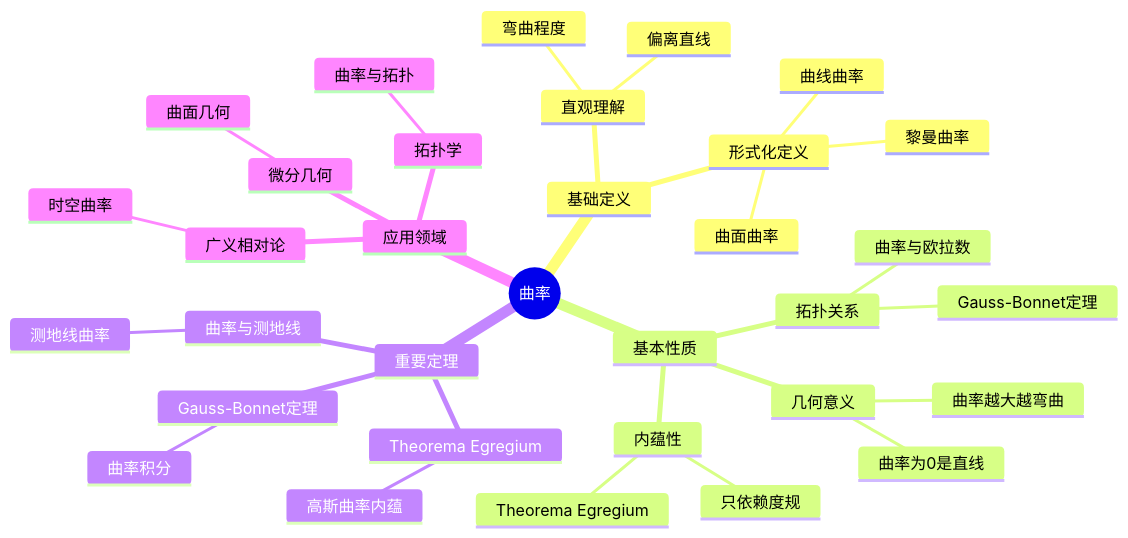
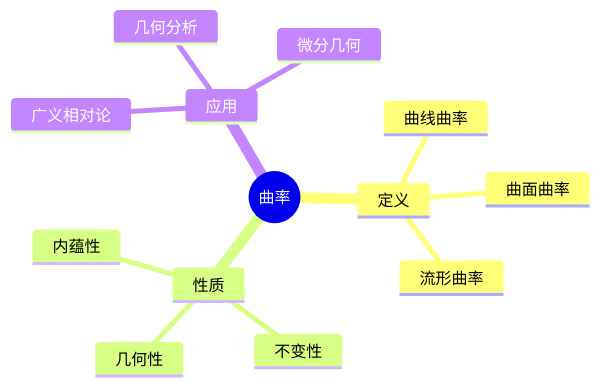
Before and after one commit to AdaMartin18010/FormalMath: the first of 11 diagrams in concept/核心概念/20-曲率.md, drawn with Mermaid. The commit also changed other lines of this file and 4793 other files, not shown here.

````diff
--- a/concept/核心概念/20-曲率.md
+++ b/concept/核心概念/20-曲率.md
@@ -508,36 +1124,16 @@
 ```mermaid
 mindmap
   root((曲率))
-    基础定义
-      直观理解
-        弯曲程度
-        偏离直线
-      形式化定义
-        曲线曲率
-        曲面曲率
-        黎曼曲率
-    基本性质
-      几何意义
-        曲率越大越弯曲
-        曲率为0是直线
+    定义
+      曲线曲率
+      曲面曲率
+      流形曲率
+    性质
       内蕴性
-        Theorema Egregium
-        只依赖度规
-      拓扑关系
-        Gauss-Bonnet定理
-        曲率与欧拉数
-    重要定理
-      Theorema Egregium
-        高斯曲率内蕴
-      Gauss-Bonnet定理
-        曲率积分
-      曲率与测地线
-        测地线曲率
-    应用领域
+      不变性
+      几何性
+    应用
+      广义相对论
+      几何分析
       微分几何
-        曲面几何
-      广义相对论
-        时空曲率
-      拓扑学
-        曲率与拓扑
 ```
````
